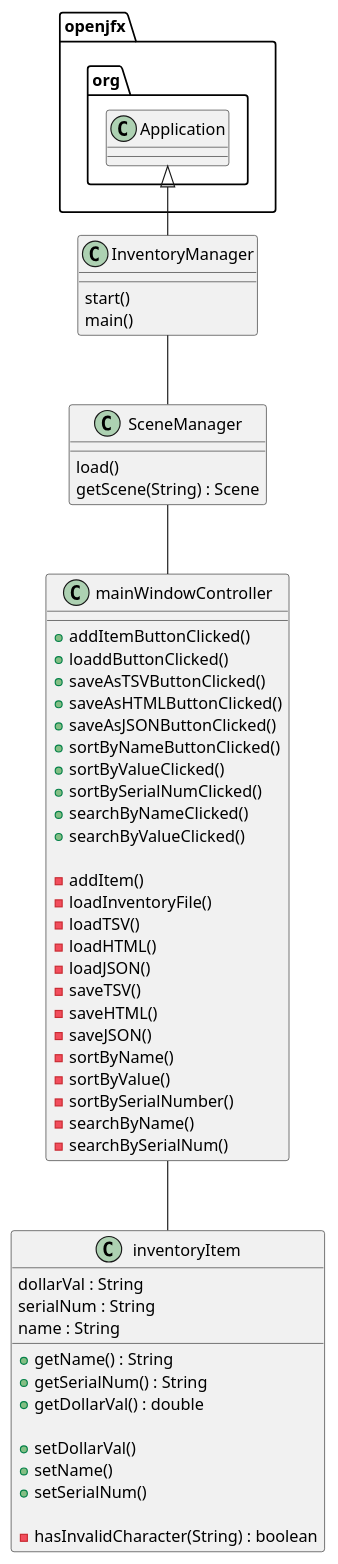
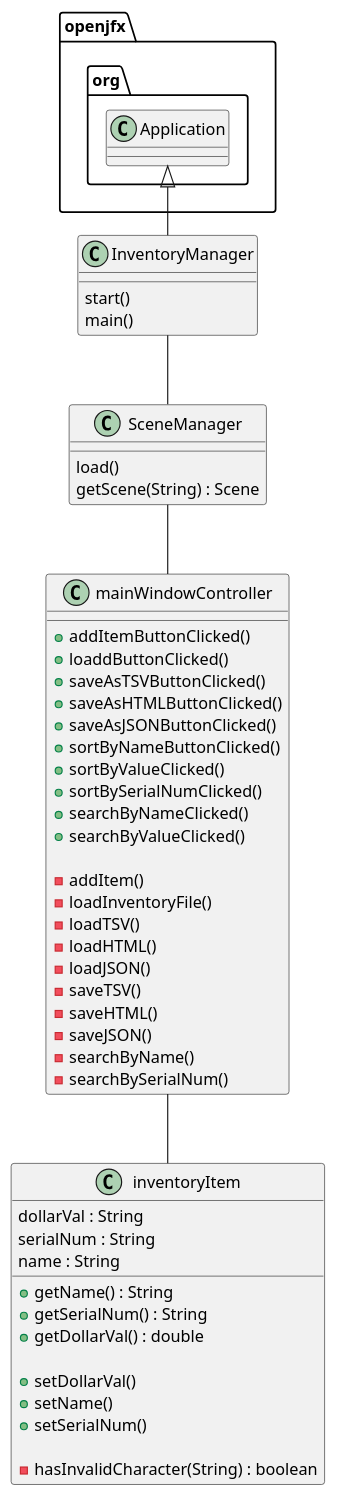
Before and after one commit to jasonsaini/Inventory-Manager: the diagram in uml/inventoryManager.puml, drawn with PlantUML. The commit also changed 2 other files, not shown here.

```diff
--- a/uml/inventoryManager.puml
+++ b/uml/inventoryManager.puml
@@ -1,64 +1,61 @@
 @startuml
 class InventoryManager
 {
     start()
     main()
 }
 
 class mainWindowController
 {
     + addItemButtonClicked()
     + loaddButtonClicked()
     + saveAsTSVButtonClicked()
     + saveAsHTMLButtonClicked()
     + saveAsJSONButtonClicked()
     + sortByNameButtonClicked()
     + sortByValueClicked()
     + sortBySerialNumClicked()
     + searchByNameClicked()
     + searchByValueClicked()
 
     - addItem()
     - loadInventoryFile()
     - loadTSV()
     - loadHTML()
     - loadJSON()
     - saveTSV()
     - saveHTML()
     - saveJSON()
-    - sortByName()
-    - sortByValue()
-    - sortBySerialNumber()
     - searchByName()
     - searchBySerialNum()
 }
 
 class inventoryItem
 {
     dollarVal : String
     serialNum : String
     name : String
 
     + getName() : String
     + getSerialNum() : String
     + getDollarVal() : double
 
     + setDollarVal()
     + setName()
     + setSerialNum()
 
     - hasInvalidCharacter(String) : boolean
 }
 
 class SceneManager
 {
     load()
     getScene(String) : Scene
 }
 
 
 openjfx.org.Application <|-- InventoryManager
 InventoryManager -- SceneManager
 SceneManager -- mainWindowController
 mainWindowController -- inventoryItem
 @enduml
```
